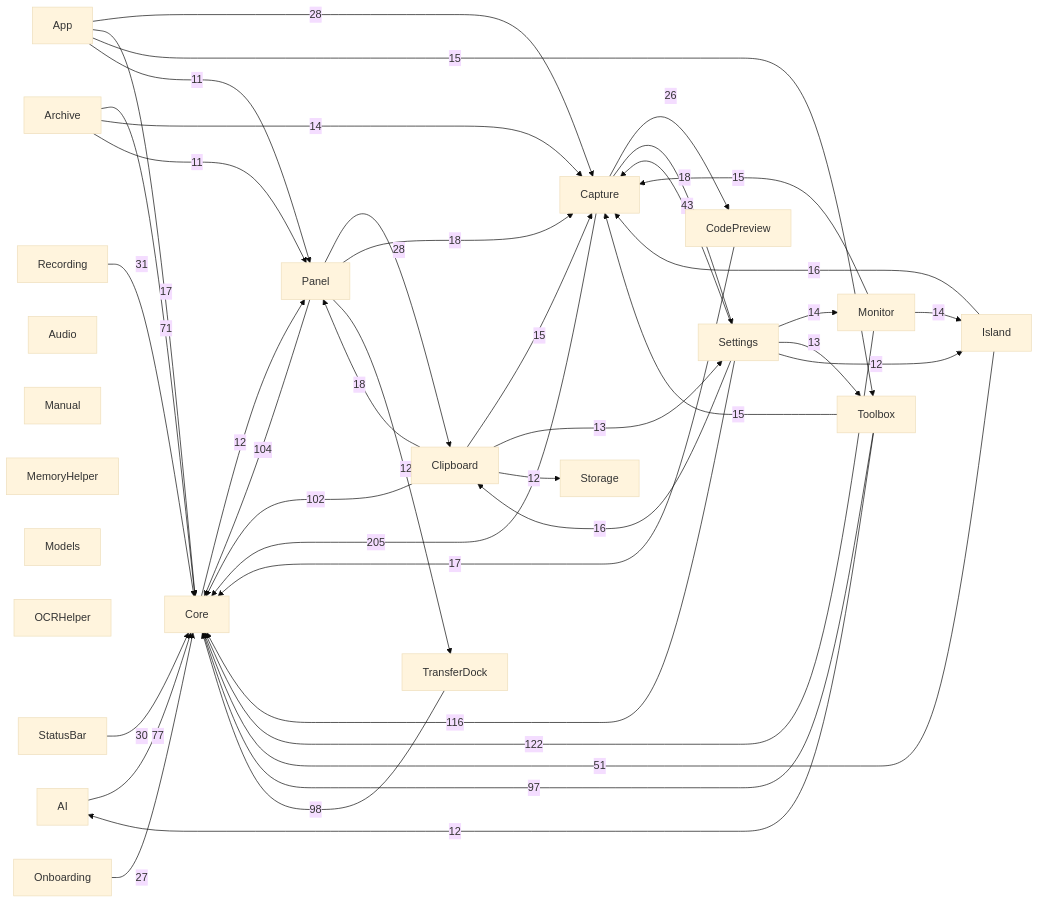
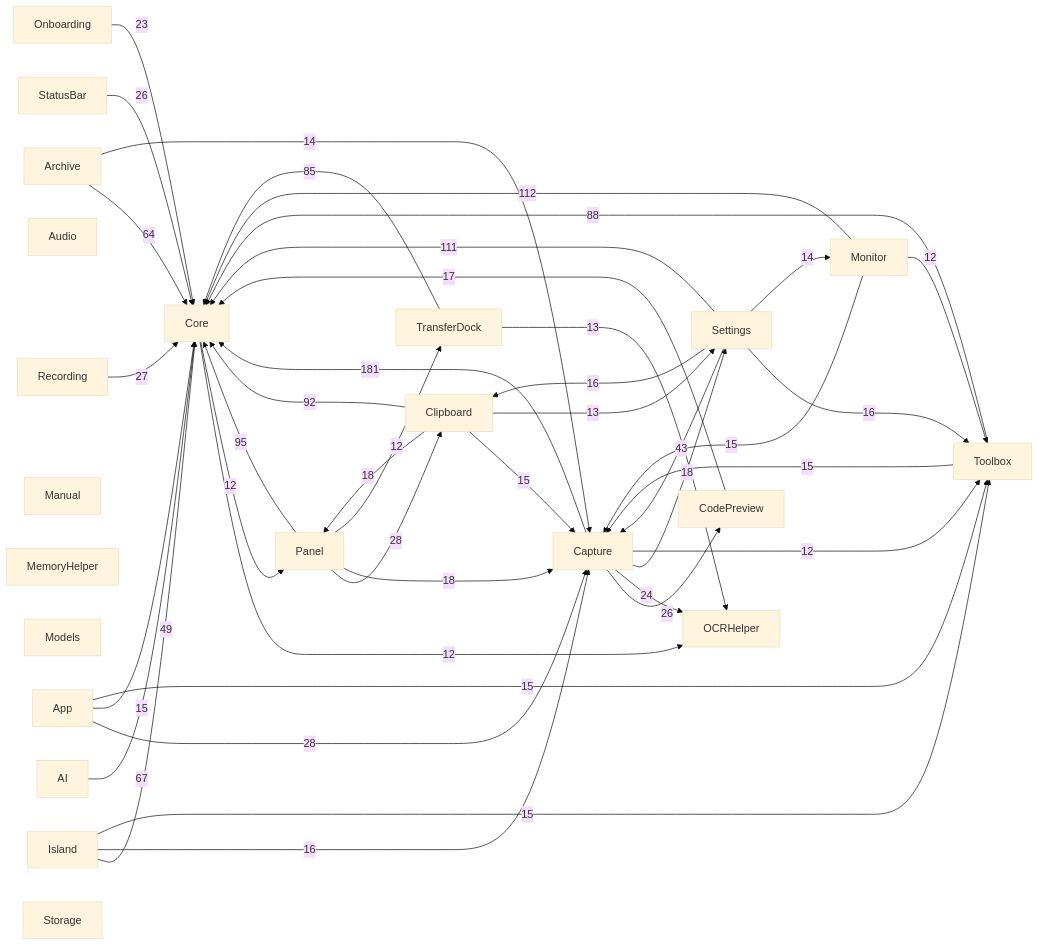
One commit to sxyq/Kitnest changed the diagram in docs/00-总览/模块依赖图.md. Above: the diagram before and after it, drawn with Mermaid (base theme). The commit also changed other lines of this file and 4 other files, not shown here.

````diff
--- a/docs/00-总览/模块依赖图.md
+++ b/docs/00-总览/模块依赖图.md
@@ -36,65 +36,65 @@
 ```mermaid
 flowchart LR
   M0["AI"]
   M1["App"]
   M2["Archive"]
   M3["Audio"]
   M4["Capture"]
   M5["Clipboard"]
   M6["CodePreview"]
   M7["Core"]
   M8["Island"]
   M9["Manual"]
   M10["MemoryHelper"]
   M11["Models"]
   M12["Monitor"]
   M13["OCRHelper"]
   M14["Onboarding"]
   M15["Panel"]
   M16["Recording"]
   M17["Settings"]
   M18["StatusBar"]
   M19["Storage"]
   M20["Toolbox"]
   M21["TransferDock"]
-  M4 -->|205| M7
-  M12 -->|122| M7
-  M17 -->|116| M7
-  M15 -->|104| M7
-  M5 -->|102| M7
-  M21 -->|98| M7
-  M20 -->|97| M7
-  M0 -->|77| M7
-  M2 -->|71| M7
-  M8 -->|51| M7
+  M4 -->|181| M7
+  M12 -->|112| M7
+  M17 -->|111| M7
+  M15 -->|95| M7
+  M5 -->|92| M7
+  M20 -->|88| M7
+  M21 -->|85| M7
+  M0 -->|67| M7
+  M2 -->|64| M7
+  M8 -->|49| M7
   M17 -->|43| M4
-  M16 -->|31| M7
-  M18 -->|30| M7
   M1 -->|28| M4
   M15 -->|28| M5
-  M14 -->|27| M7
+  M16 -->|27| M7
   M4 -->|26| M6
+  M18 -->|26| M7
+  M4 -->|24| M13
+  M14 -->|23| M7
   M4 -->|18| M17
+  M15 -->|18| M4
   M5 -->|18| M15
-  M15 -->|18| M4
-  M1 -->|17| M7
   M6 -->|17| M7
+  M17 -->|16| M5
+  M17 -->|16| M20
   M8 -->|16| M4
-  M17 -->|16| M5
+  M1 -->|15| M7
   M1 -->|15| M20
-  M5 -->|15| M4
   M12 -->|15| M4
   M20 -->|15| M4
+  M8 -->|15| M20
+  M5 -->|15| M4
+  M17 -->|14| M12
   M2 -->|14| M4
-  M12 -->|14| M8
-  M17 -->|14| M12
+  M21 -->|13| M13
   M5 -->|13| M17
-  M17 -->|13| M20
+  M7 -->|12| M13
   M7 -->|12| M15
-  M5 -->|12| M19
+  M4 -->|12| M20
+  M12 -->|12| M20
   M15 -->|12| M21
-  M17 -->|12| M8
-  M20 -->|12| M0
-  M1 -->|11| M15
-  M2 -->|11| M15
 ```
````
